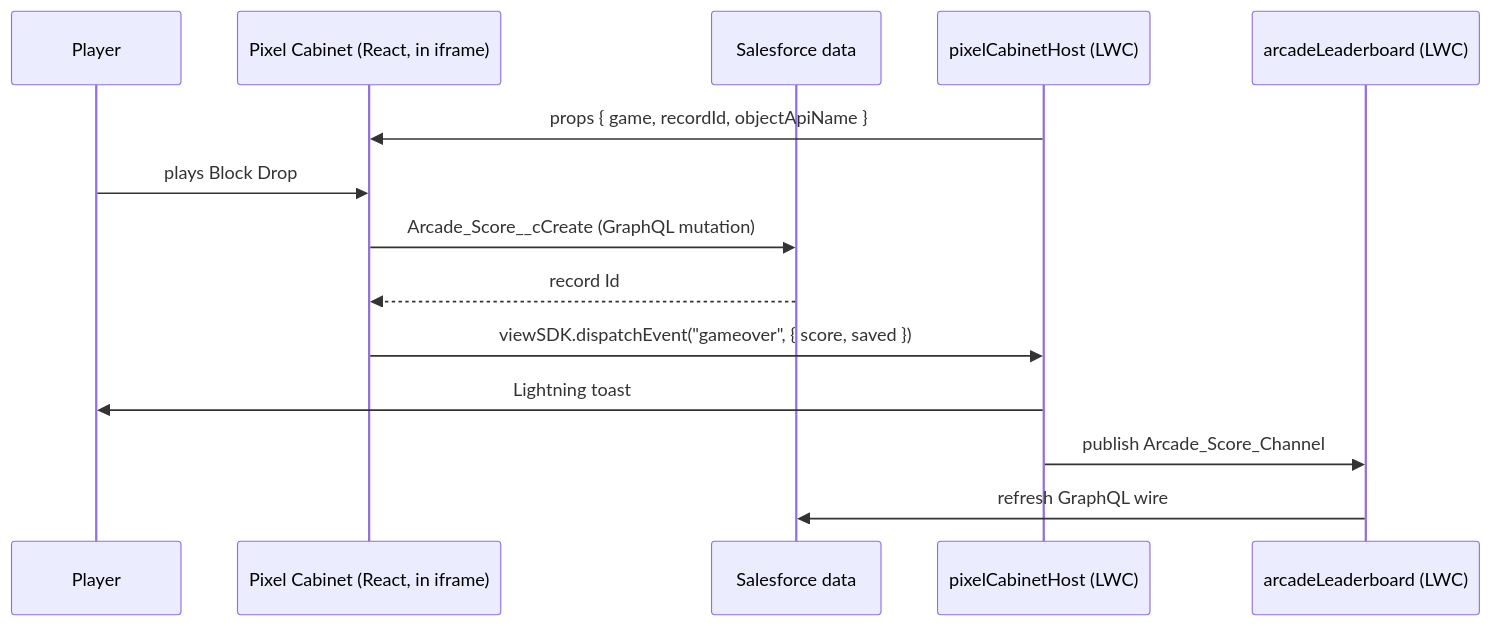
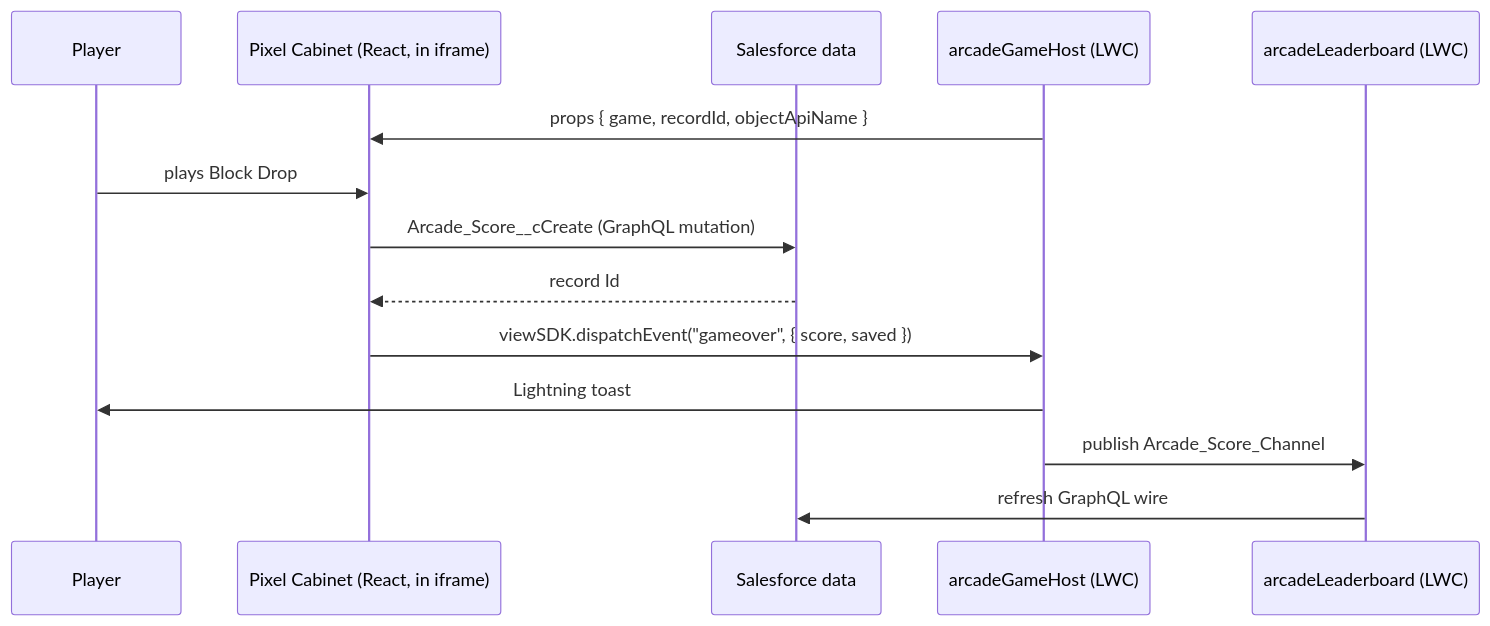
Before and after one commit to svierk/polyglot-arcade: the second of 4 diagrams in README.md, drawn with Mermaid. The commit also changed other lines of this file and 44 other files, not shown here.

````diff
--- a/README.md
+++ b/README.md
@@ -92,16 +104,16 @@
 ```mermaid
 sequenceDiagram
     participant Player
     participant Cabinet as Pixel Cabinet (React, in iframe)
     participant Data as Salesforce data
-    participant Host as pixelCabinetHost (LWC)
+    participant Host as arcadeGameHost (LWC)
     participant Board as arcadeLeaderboard (LWC)
     Host->>Cabinet: props { game, recordId, objectApiName }
     Player->>Cabinet: plays Block Drop
     Cabinet->>Data: Arcade_Score__cCreate (GraphQL mutation)
     Data-->>Cabinet: record Id
     Cabinet->>Host: viewSDK.dispatchEvent("gameover", { score, saved })
     Host->>Player: Lightning toast
     Host->>Board: publish Arcade_Score_Channel
     Board->>Data: refresh GraphQL wire
 ```
````
